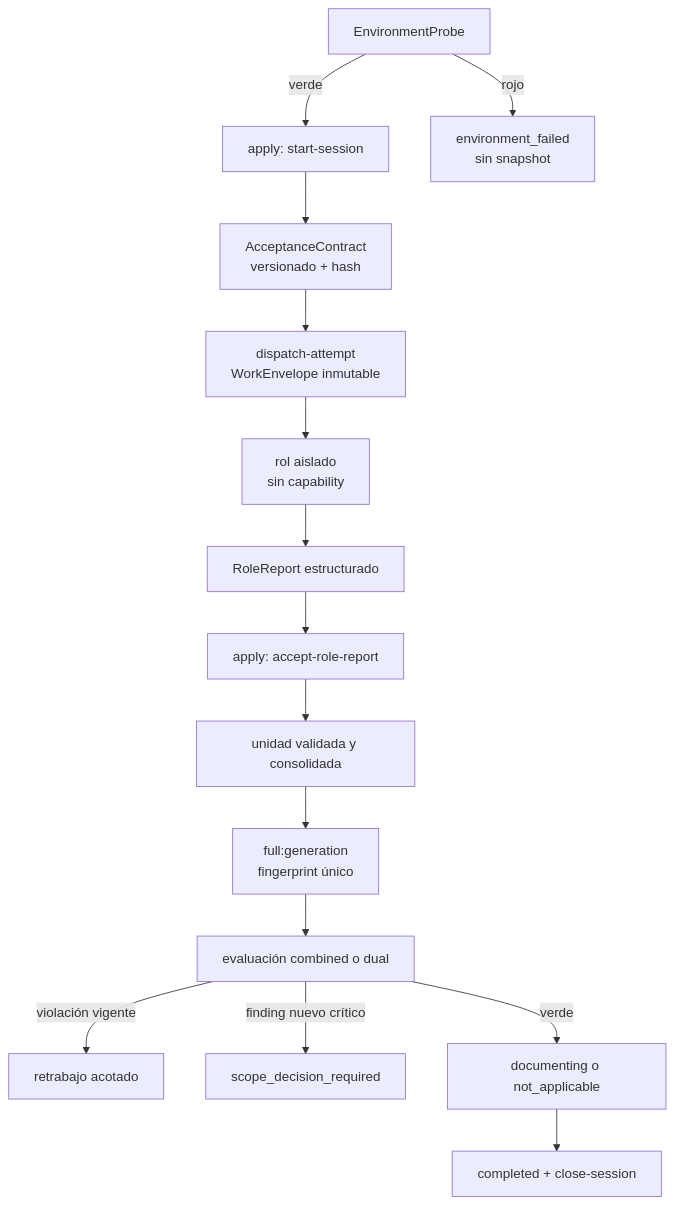
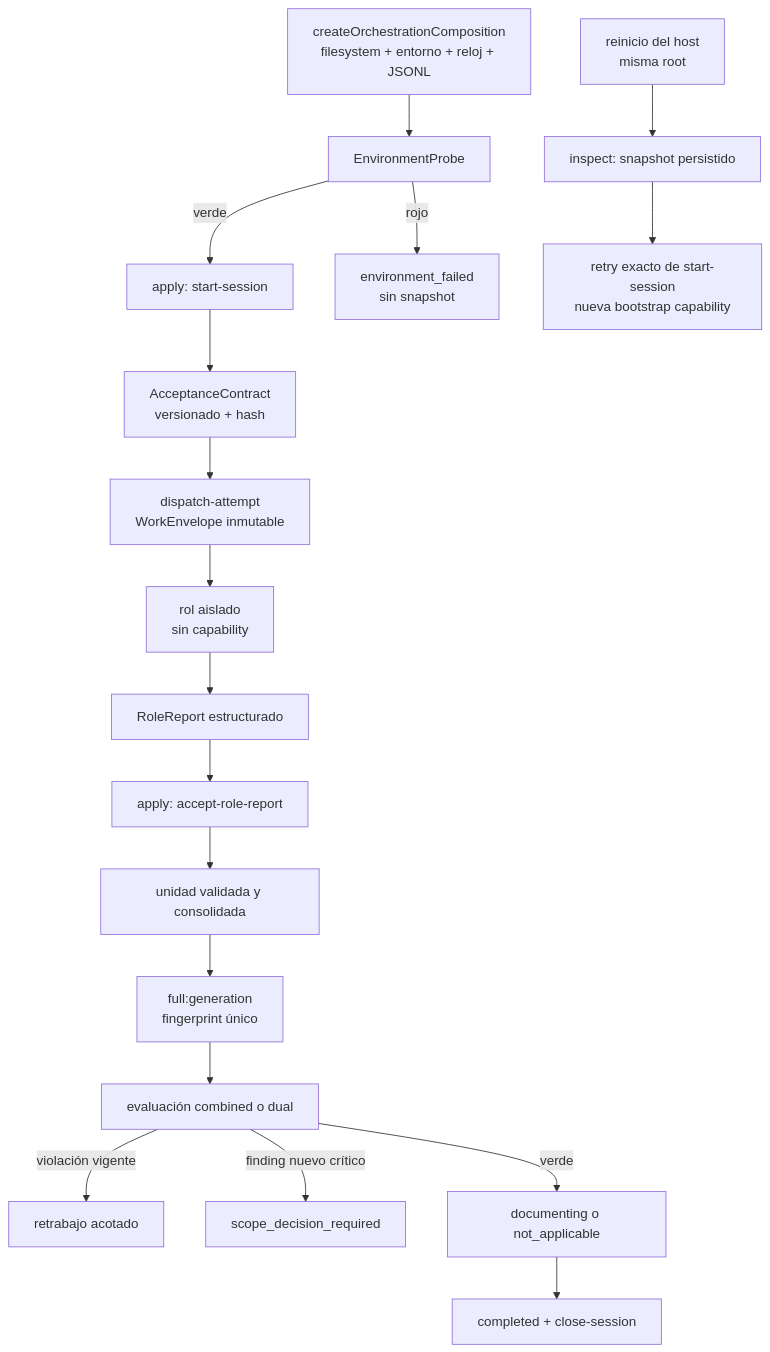
The fourth of 5 diagrams in docs/arquitectura.md (KroxiDev/agentic-layer), drawn with Mermaid before and after one commit. The commit also changed other lines of this file and 21 other files, not shown here.

````diff
--- a/docs/arquitectura.md
+++ b/docs/arquitectura.md
@@ -265,17 +270,20 @@
 ```mermaid
 flowchart TD
+    compose["createOrchestrationComposition<br/>filesystem + entorno + reloj + JSONL"] --> pre
     pre["EnvironmentProbe"] -->|verde| start["apply: start-session"]
     pre -->|rojo| stop["environment_failed<br/>sin snapshot"]
     start --> plan["AcceptanceContract<br/>versionado + hash"]
     plan --> dispatch["dispatch-attempt<br/>WorkEnvelope inmutable"]
     dispatch --> role["rol aislado<br/>sin capability"]
     role --> report["RoleReport estructurado"]
     report --> apply["apply: accept-role-report"]
     apply --> unit["unidad validada y consolidada"]
     unit --> lane["full:generation<br/>fingerprint único"]
     lane --> eval["evaluación combined o dual"]
     eval -->|violación vigente| rework["retrabajo acotado"]
     eval -->|finding nuevo crítico| scope["scope_decision_required"]
     eval -->|verde| doc["documenting o not_applicable"]
     doc --> close["completed + close-session"]
+    restart["reinicio del host<br/>misma root"] --> inspect["inspect: snapshot persistido"]
+    inspect --> retry["retry exacto de start-session<br/>nueva bootstrap capability"]
 ```
````
